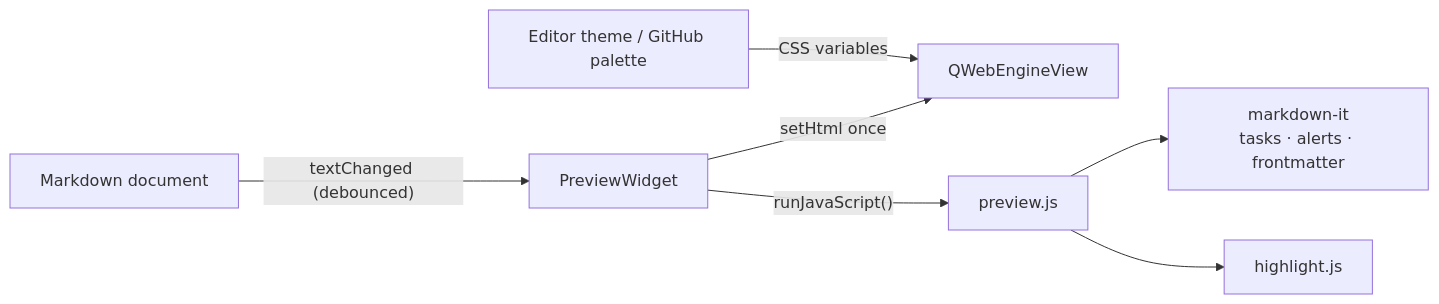
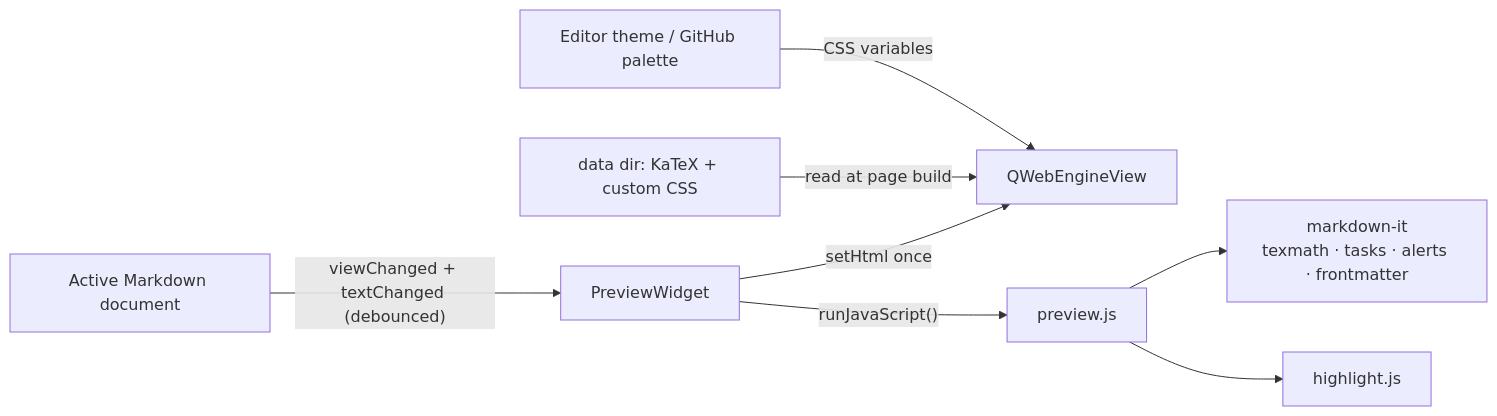
The diagram in README.md (q0ppa/katexdown), drawn with Mermaid before and after one commit. The commit also changed other lines of this file and 26 other files, not shown here.

````diff
--- a/README.md
+++ b/README.md
@@ -134,9 +235,10 @@
 ```mermaid
 flowchart LR
-    A["Markdown document"] -->|"textChanged (debounced)"| B["PreviewWidget"]
+    A["Active Markdown document"] -->|"viewChanged + textChanged (debounced)"| B["PreviewWidget"]
     B -->|"setHtml once"| C["QWebEngineView"]
     B -->|"runJavaScript()"| D["preview.js"]
-    D --> E["markdown-it<br/>tasks · alerts · frontmatter"]
+    D --> E["markdown-it<br/>texmath · tasks · alerts · frontmatter"]
     D --> F["highlight.js"]
+    H["data dir: KaTeX + custom CSS"] -->|"read at page build"| C
     G["Editor theme / GitHub palette"] -->|"CSS variables"| C
 ```
````
